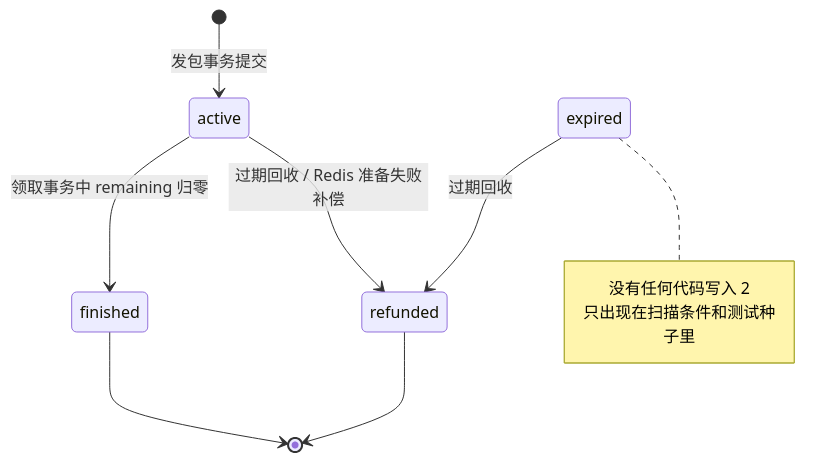
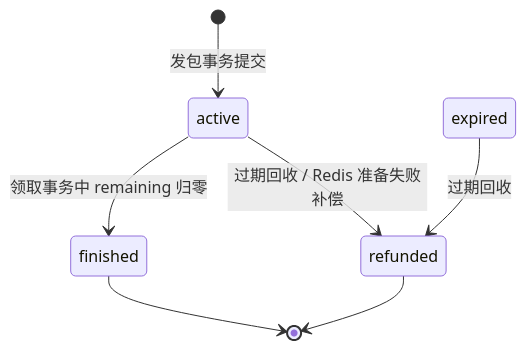
Before and after one commit to RedInn7/gomall: the third of 3 diagrams in docs/lecture/18-redpacket.md, drawn with Mermaid. The commit also changed other lines of this file and 3 other files, not shown here.

````diff
--- a/docs/lecture/18-redpacket.md
+++ b/docs/lecture/18-redpacket.md
@@ -401,13 +431,9 @@
 ```mermaid
 stateDiagram-v2
     [*] --> active: 发包事务提交
     active --> finished: 领取事务中 remaining 归零
     active --> refunded: 过期回收 / Redis 准备失败补偿
     expired --> refunded: 过期回收
     finished --> [*]
     refunded --> [*]
-    note right of expired
-        没有任何代码写入 2
-        只出现在扫描条件和测试种子里
-    end note
 ```
````
